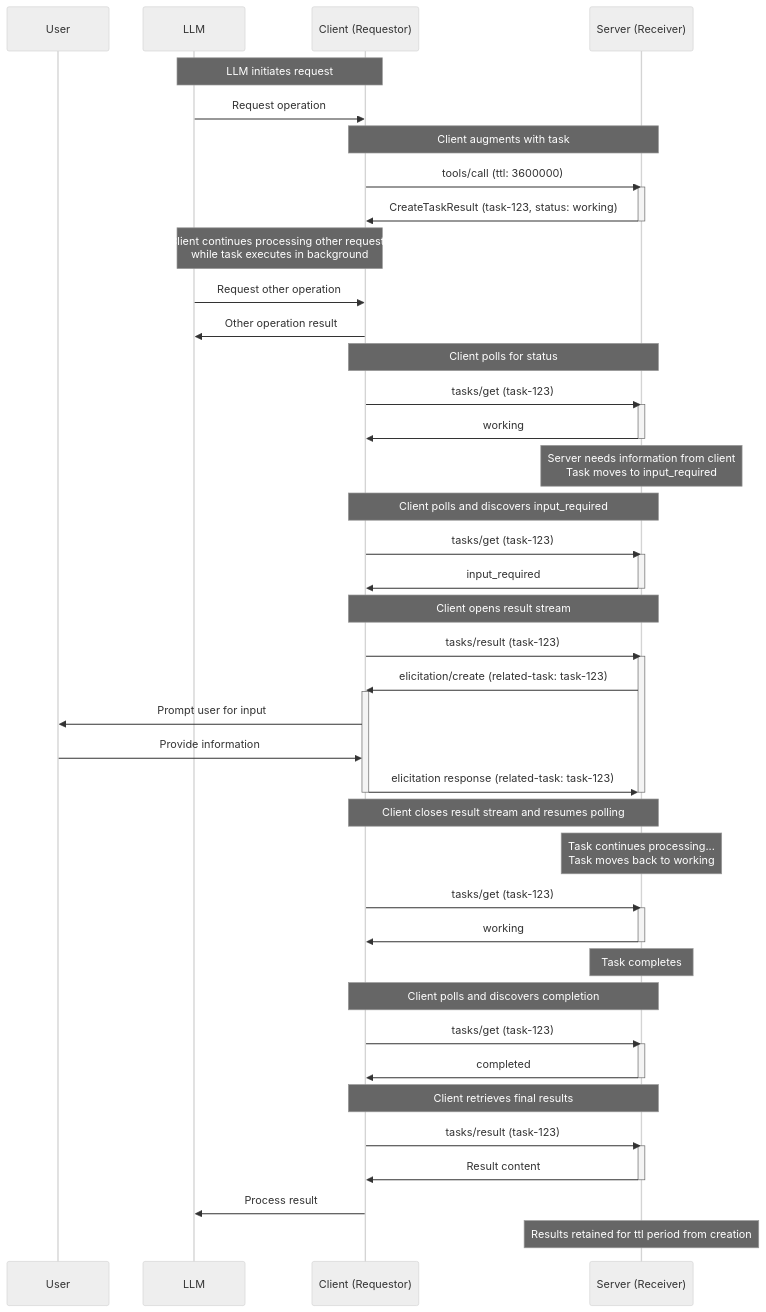
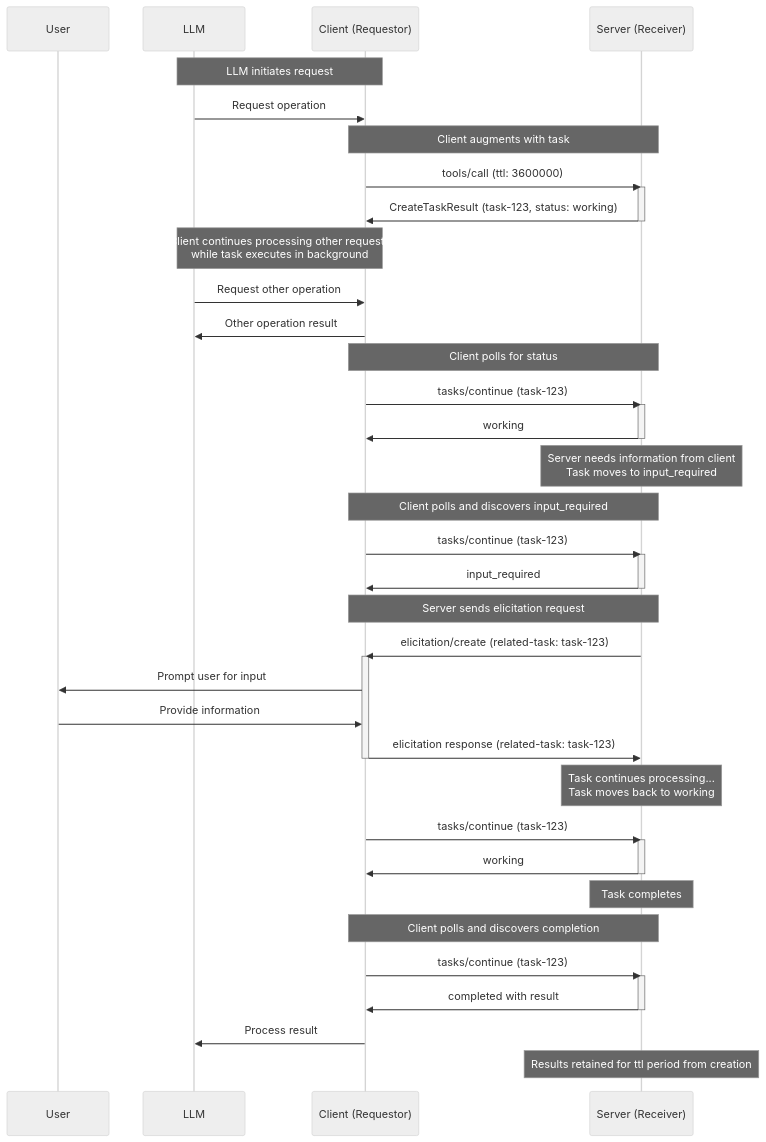
The third of 5 diagrams in docs/specification/draft/basic/utilities/tasks.mdx (modelcontextprotocol/modelcontextprotocol), drawn with Mermaid (neutral theme) before and after one commit. The commit also changed other lines of this file and 4 other files, not shown here.

````diff
--- a/docs/specification/draft/basic/utilities/tasks.mdx
+++ b/docs/specification/draft/basic/utilities/tasks.mdx
@@ -541,71 +534,60 @@
 ```mermaid
 sequenceDiagram
     participant U as User
     participant LLM
     participant C as Client (Requestor)
     participant S as Server (Receiver)
 
     Note over LLM,C: LLM initiates request
     LLM->>C: Request operation
 
     Note over C,S: Client augments with task
     C->>S: tools/call (ttl: 3600000)
     activate S
     S->>C: CreateTaskResult (task-123, status: working)
     deactivate S
 
     Note over LLM,C: Client continues processing other requests<br/>while task executes in background
     LLM->>C: Request other operation
     C->>LLM: Other operation result
 
     Note over C,S: Client polls for status
-    C->>S: tasks/get (task-123)
+    C->>S: tasks/continue (task-123)
     activate S
     S->>C: working
     deactivate S
 
     Note over S: Server needs information from client<br/>Task moves to input_required
 
     Note over C,S: Client polls and discovers input_required
-    C->>S: tasks/get (task-123)
+    C->>S: tasks/continue (task-123)
     activate S
     S->>C: input_required
     deactivate S
 
-    Note over C,S: Client opens result stream
-    C->>S: tasks/result (task-123)
-    activate S
+    Note over C,S: Server sends elicitation request
     S->>C: elicitation/create (related-task: task-123)
     activate C
     C->>U: Prompt user for input
     U->>C: Provide information
     C->>S: elicitation response (related-task: task-123)
     deactivate C
-    deactivate S
-
-    Note over C,S: Client closes result stream and resumes polling
 
     Note over S: Task continues processing...<br/>Task moves back to working
 
-    C->>S: tasks/get (task-123)
+    C->>S: tasks/continue (task-123)
     activate S
     S->>C: working
     deactivate S
 
     Note over S: Task completes
 
     Note over C,S: Client polls and discovers completion
-    C->>S: tasks/get (task-123)
+    C->>S: tasks/continue (task-123)
     activate S
-    S->>C: completed
-    deactivate S
-
-    Note over C,S: Client retrieves final results
-    C->>S: tasks/result (task-123)
-    activate S
-    S->>C: Result content
+    S->>C: completed with result
     deactivate S
     C->>LLM: Process result
 
     Note over S: Results retained for ttl period from creation
 ```
````
